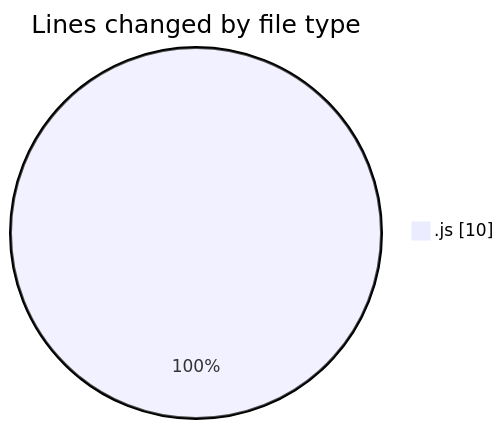
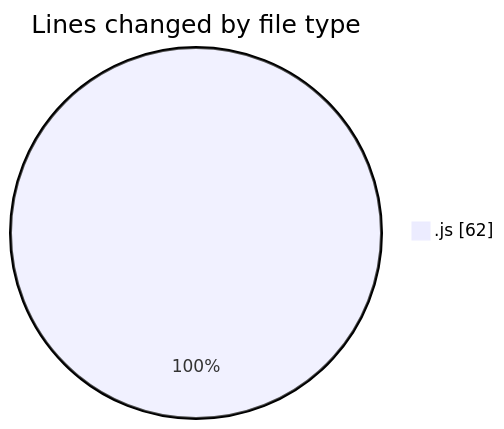
Before and after one commit to hasnaa123/code-tracking: the first of 2 diagrams in 2025-12-14/technologie_web/README.md, drawn with Mermaid. The commit also changed other lines of this file and 1 other file, not shown here.

````diff
--- a/2025-12-14/technologie_web/README.md
+++ b/2025-12-14/technologie_web/README.md
@@ -20,5 +20,5 @@
 ```mermaid
 pie showData
 title Lines changed by file type
-".js" : 10
+".js" : 62
 ```
````
